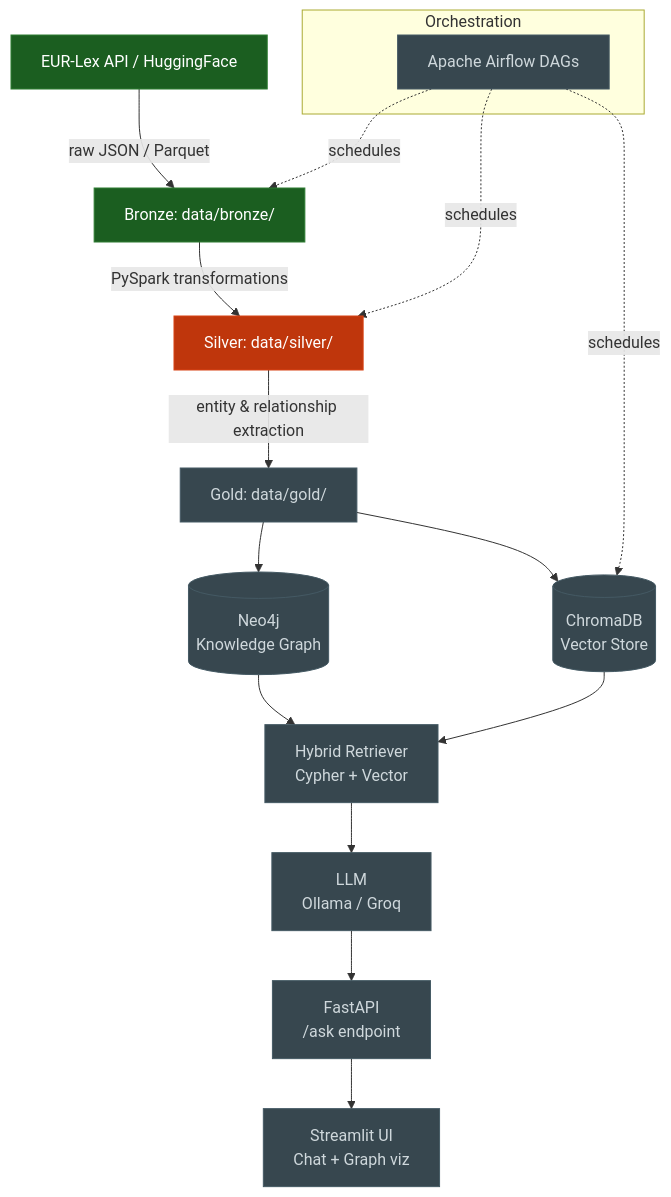
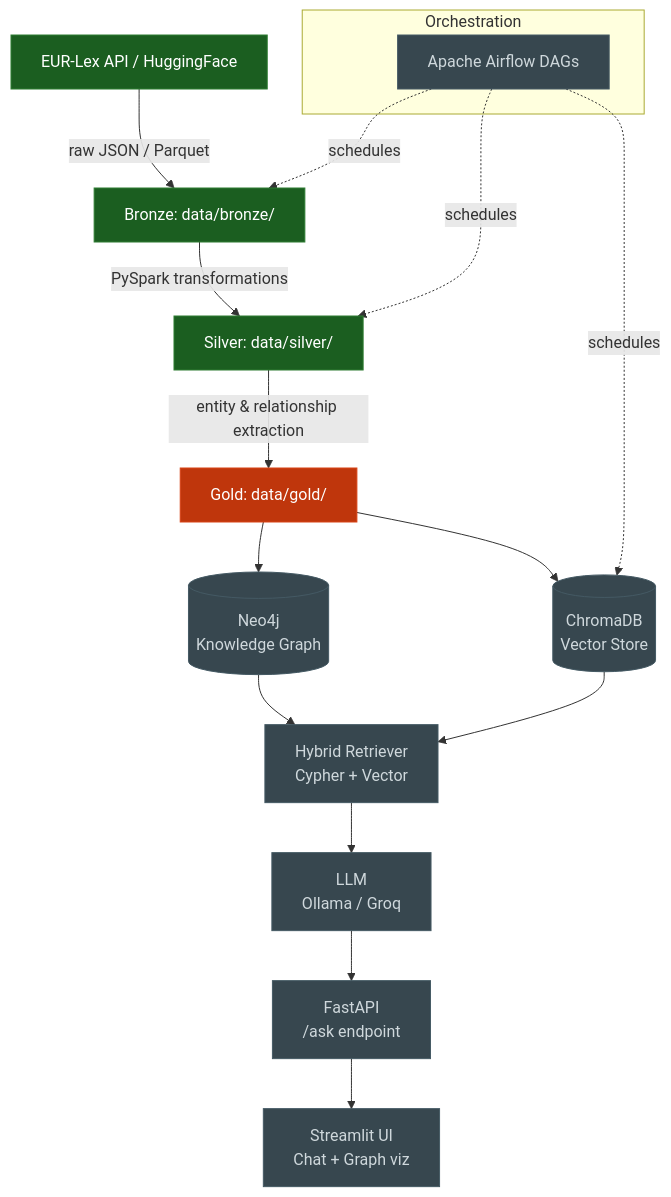
Before and after one commit to MarcRamonMoreno/EuGraphRAG: the diagram in README.md, drawn with Mermaid. The commit also changed other lines of this file, not shown here.

First line of the commit message:
docs(week3): mark silver done in README (status, diagram, structure)

````diff
--- a/README.md
+++ b/README.md
@@ -11,27 +11,27 @@
 ```mermaid
 flowchart TD
     A[EUR-Lex API / HuggingFace] -->|raw JSON / Parquet| B[Bronze: data/bronze/]
     B -->|PySpark transformations| C[Silver: data/silver/]
     C -->|entity & relationship extraction| D[Gold: data/gold/]
     D --> E[(Neo4j<br/>Knowledge Graph)]
     D --> F[(ChromaDB<br/>Vector Store)]
     E --> G[Hybrid Retriever<br/>Cypher + Vector]
     F --> G
     G --> H[LLM<br/>Ollama / Groq]
     H --> I[FastAPI<br/>/ask endpoint]
     I --> J[Streamlit UI<br/>Chat + Graph viz]
 
     subgraph Orchestration
         K[Apache Airflow DAGs]
     end
     K -.->|schedules| B
     K -.->|schedules| C
     K -.->|schedules| F
 
     classDef done fill:#1b5e20,stroke:#2e7d32,color:#fff;
     classDef wip  fill:#bf360c,stroke:#d84315,color:#fff;
     classDef todo fill:#37474f,stroke:#455a64,color:#cfd8dc;
-    class A,B done;
-    class C wip;
-    class D,E,F,G,H,I,J,K todo;
+    class A,B,C done;
+    class D wip;
+    class E,F,G,H,I,J,K todo;
 ```
````
